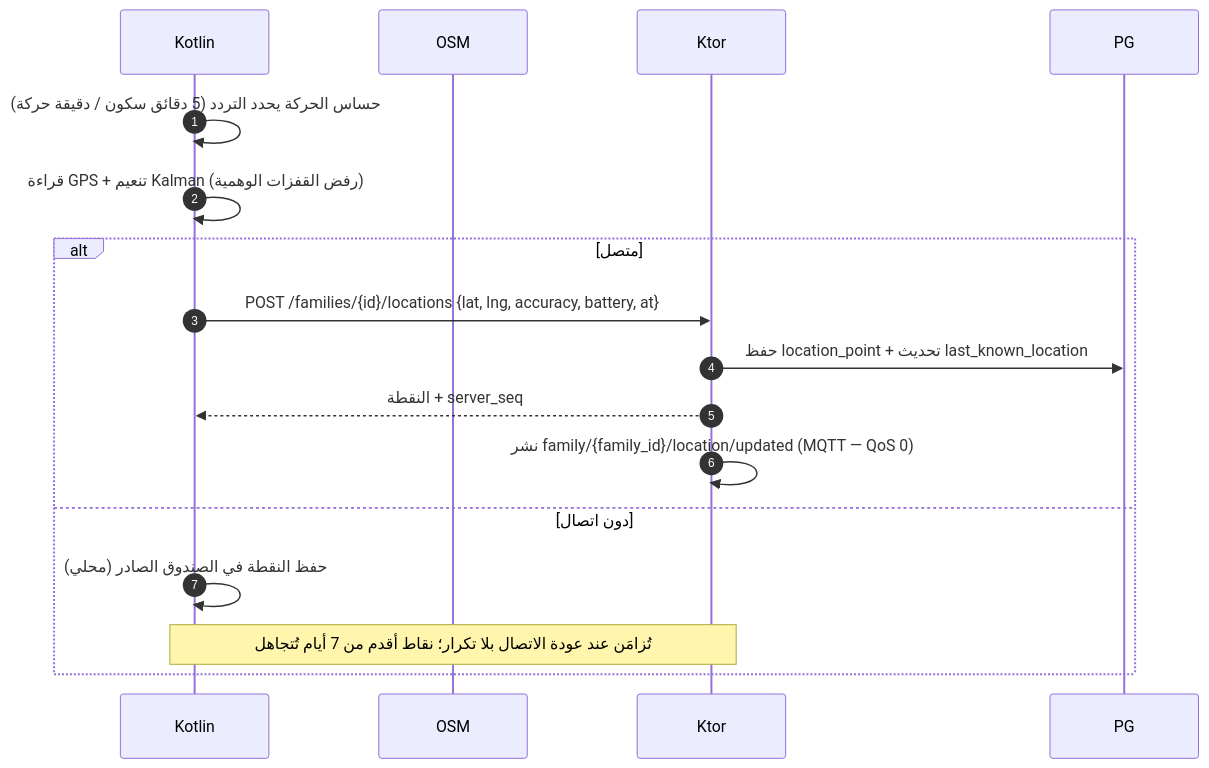
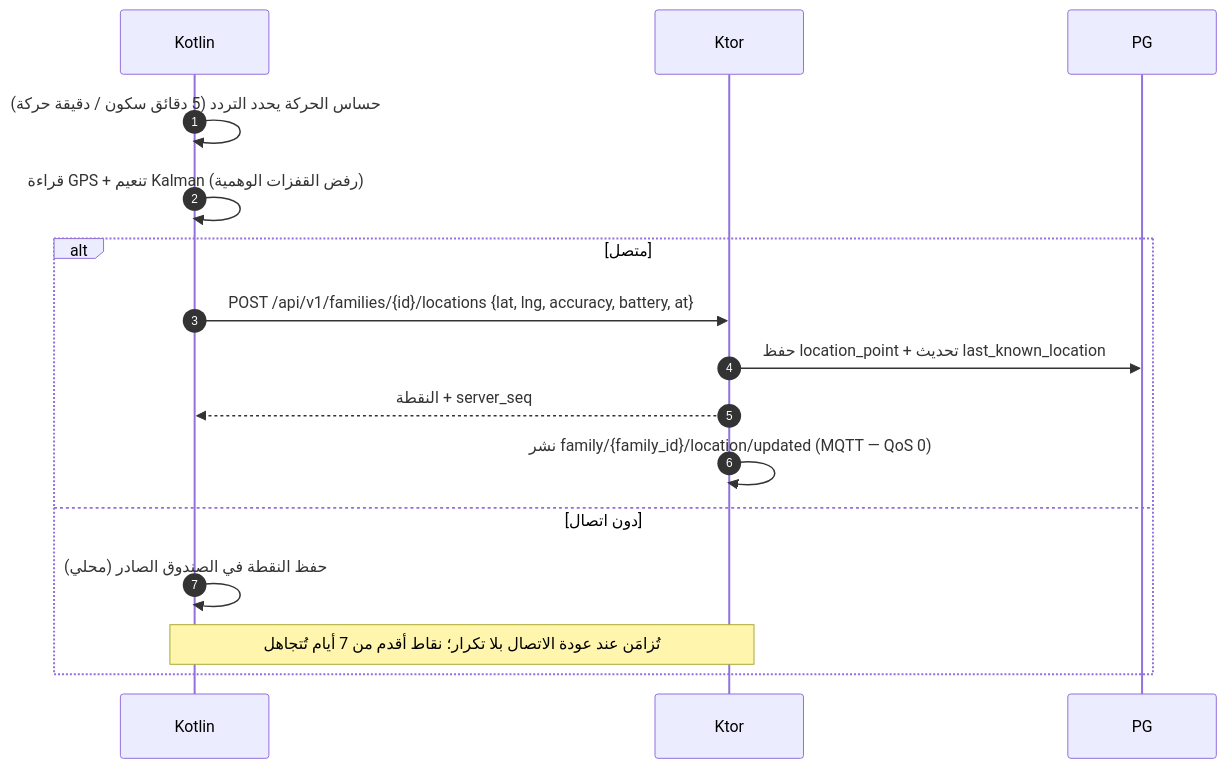
The third of 13 diagrams in docs/family-os/governance/phases/phase-1/S1-07-location-basic/DIAGRAMS.md (Bassam-mohammed-alqaeadi/family-os-v2), drawn with Mermaid before and after one commit. The commit also changed other lines of this file and 10 other files, not shown here.

Commit message:
إغلاق المراجعة الشاملة R1–R5 (Q-196…Q-231) — المخططات DIAGRAMS + خريطة السياق (2/4)

````diff
--- a/docs/family-os/governance/phases/phase-1/S1-07-location-basic/DIAGRAMS.md
+++ b/docs/family-os/governance/phases/phase-1/S1-07-location-basic/DIAGRAMS.md
@@ -151,19 +151,18 @@
 ```mermaid
 sequenceDiagram
     autonumber
     participant خدمة as Kotlin
-    participant خريطة as OSM
     participant الخادم as Ktor
     participant المخزن as PG
     خدمة->>خدمة: حساس الحركة يحدد التردد (5 دقائق سكون / دقيقة حركة)
     خدمة->>خدمة: قراءة GPS + تنعيم Kalman (رفض القفزات الوهمية)
     alt متصل
-        خدمة->>الخادم: POST /families/{id}/locations {lat, lng, accuracy, battery, at}
+        خدمة->>الخادم: POST /api/v1/families/{id}/locations {lat, lng, accuracy, battery, at}
         الخادم->>المخزن: حفظ location_point + تحديث last_known_location
         الخادم-->>خدمة: النقطة + server_seq
         الخادم->>الخادم: نشر family/{family_id}/location/updated (MQTT — QoS 0)
     else دون اتصال
         خدمة->>خدمة: حفظ النقطة في الصندوق الصادر (محلي)
         Note over خدمة,الخادم: تُزامَن عند عودة الاتصال بلا تكرار؛ نقاط أقدم من 7 أيام تُتجاهل
     end
 ```
````
